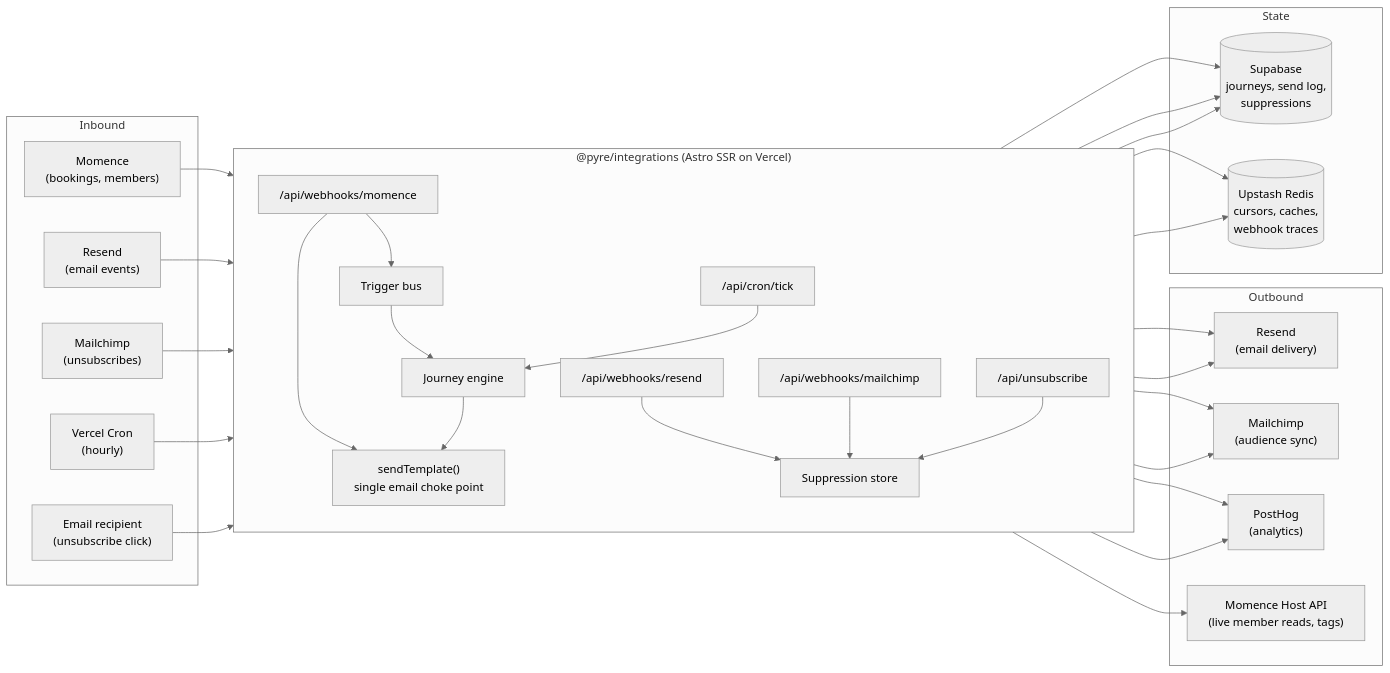
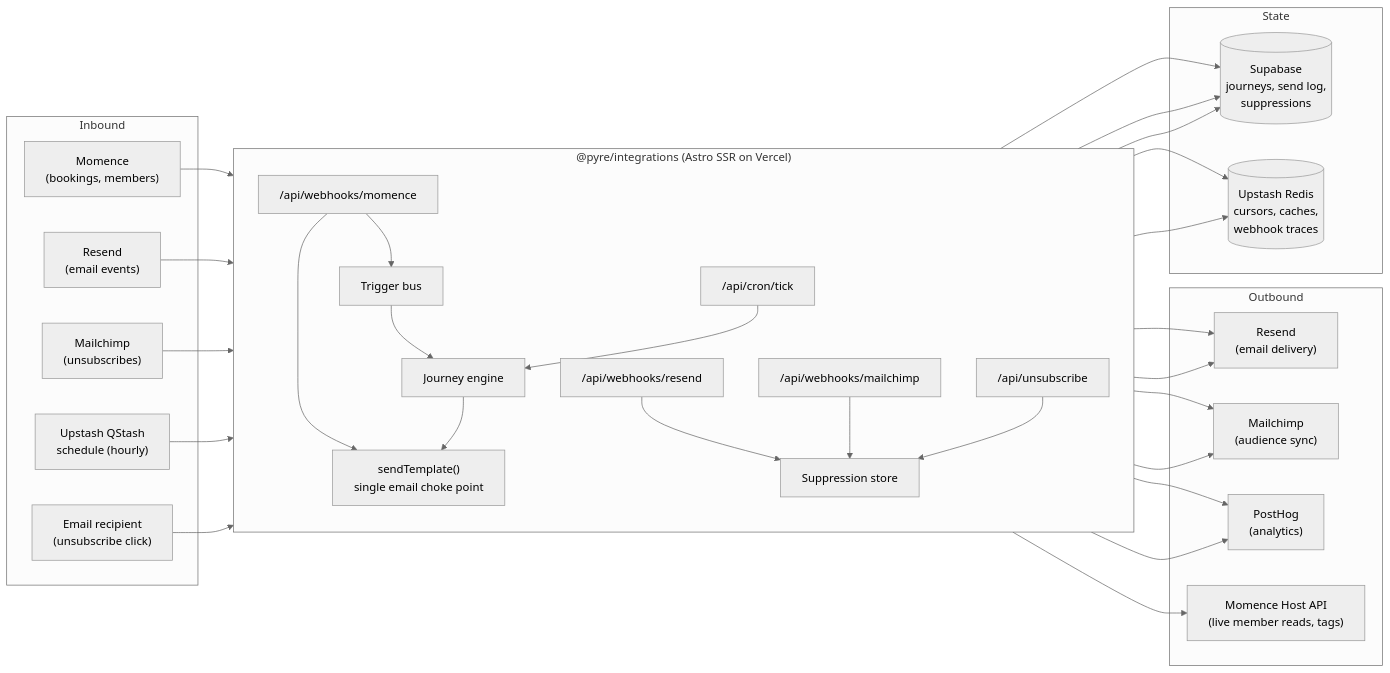
One commit to weslexcore/pyre changed the first of 5 diagrams in apps/integrations/README.md. Above: the diagram before and after it, drawn with Mermaid (neutral theme). The commit also changed other lines of this file and 3 other files, not shown here.

First line of the commit message:
Update cron integration from Vercel to Upstash QStash

````diff
--- a/apps/integrations/README.md
+++ b/apps/integrations/README.md
@@ -20,62 +20,62 @@
 ```mermaid
 flowchart LR
     subgraph inbound["Inbound"]
         MOM["Momence<br/>(bookings, members)"]
         RESWH["Resend<br/>(email events)"]
         MCWH["Mailchimp<br/>(unsubscribes)"]
-        CRON["Vercel Cron<br/>(hourly)"]
+        CRON["Upstash QStash<br/>schedule (hourly)"]
         USER["Email recipient<br/>(unsubscribe click)"]
     end
 
     subgraph app["@pyre/integrations (Astro SSR on Vercel)"]
         direction TB
         WH_MOM["/api/webhooks/momence"]
         WH_RES["/api/webhooks/resend"]
         WH_MC["/api/webhooks/mailchimp"]
         TICK["/api/cron/tick"]
         UNSUB["/api/unsubscribe"]
 
         SEND["sendTemplate()<br/>single email choke point"]
         ENGINE["Journey engine"]
         SUPPR["Suppression store"]
         BUS["Trigger bus"]
     end
 
     subgraph outbound["Outbound"]
         RESEND["Resend<br/>(email delivery)"]
         MC["Mailchimp<br/>(audience sync)"]
         PH["PostHog<br/>(analytics)"]
         HOSTAPI["Momence Host API<br/>(live member reads, tags)"]
     end
 
     subgraph stores["State"]
         SB[("Supabase<br/>journeys, send log,<br/>suppressions")]
         REDIS[("Upstash Redis<br/>cursors, caches,<br/>webhook traces")]
     end
 
     MOM --> WH_MOM
     RESWH --> WH_RES
     MCWH --> WH_MC
     CRON --> TICK
     USER --> UNSUB
 
     WH_MOM --> BUS --> ENGINE
     WH_MOM --> SEND
     WH_MOM --> MC
     WH_MOM --> PH
     TICK --> ENGINE
     ENGINE --> SEND
     ENGINE --> HOSTAPI
     WH_RES --> SUPPR
     WH_RES --> PH
     WH_MC --> SUPPR
     UNSUB --> SUPPR
     SUPPR --> MC
     SUPPR --> RESEND
     SEND --> RESEND
     SEND --> SB
     ENGINE --> SB
     SUPPR --> SB
     ENGINE --> REDIS
     WH_MOM --> REDIS
 ```
````
